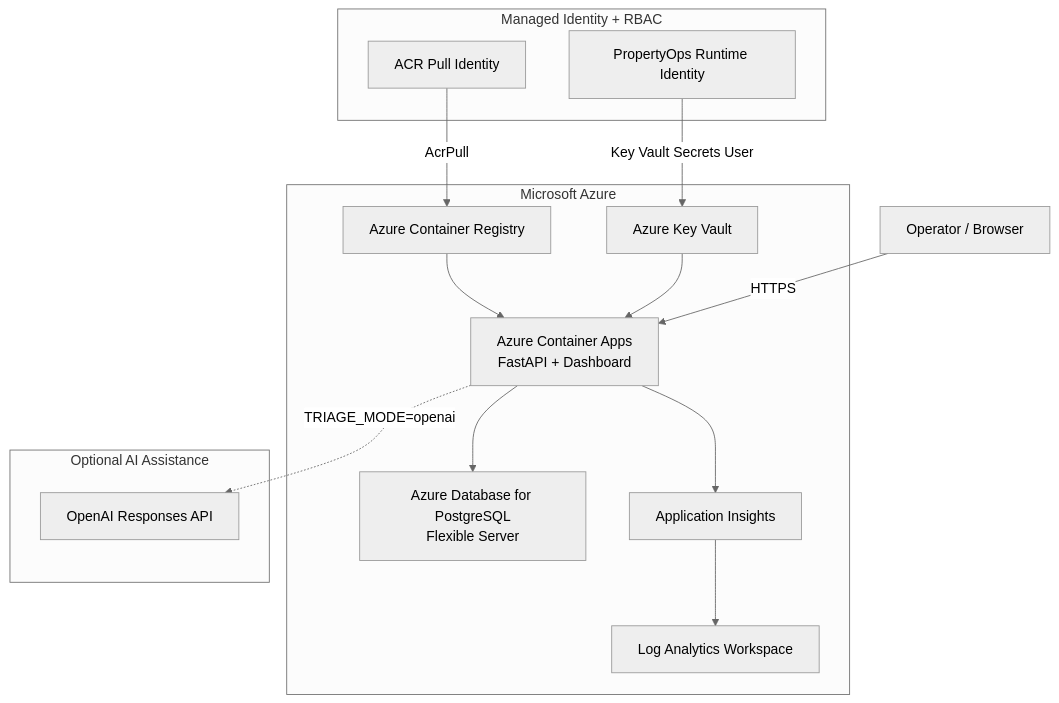
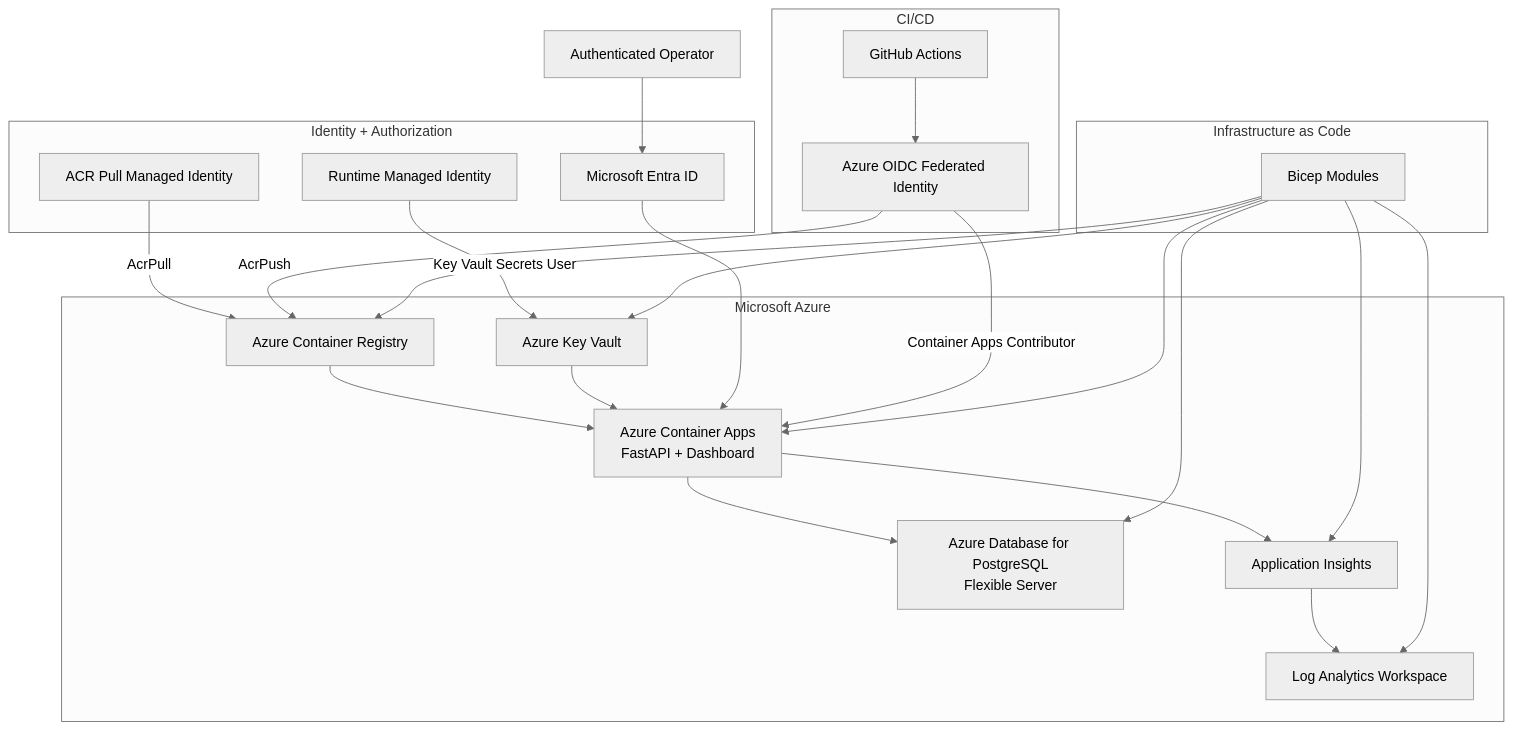
The diagram in README.md (AZ1600/AI-property-operations), drawn with Mermaid (neutral theme) before and after one commit. The commit also changed other lines of this file, not shown here.

````diff
--- a/README.md
+++ b/README.md
@@ -85,35 +107,51 @@
 ```mermaid
 flowchart TB
-    USER["Operator / Browser"]
+    USER["Authenticated Operator"]
 
     subgraph Azure["Microsoft Azure"]
         ACA["Azure Container Apps<br/>FastAPI + Dashboard"]
         ACR["Azure Container Registry"]
         PG["Azure Database for PostgreSQL<br/>Flexible Server"]
         KV["Azure Key Vault"]
-        APPINSIGHTS["Application Insights"]
+        AI["Application Insights"]
         LAW["Log Analytics Workspace"]
 
         ACR --> ACA
         ACA --> PG
-        ACA --> APPINSIGHTS
-        APPINSIGHTS --> LAW
         KV --> ACA
+        ACA --> AI
+        AI --> LAW
     end
 
-    subgraph Identity["Managed Identity + RBAC"]
-        ACRID["ACR Pull Identity"]
-        RUNTIMEID["PropertyOps Runtime Identity"]
+    subgraph Identity["Identity + Authorization"]
+        ENTRA["Microsoft Entra ID"]
+        RUNTIME["Runtime Managed Identity"]
+        ACRID["ACR Pull Managed Identity"]
     end
 
-    USER -->|HTTPS| ACA
+    USER --> ENTRA
+    ENTRA --> ACA
 
-    ACRID -->|AcrPull| ACR
-    RUNTIMEID -->|Key Vault Secrets User| KV
+    ACRID -->|"AcrPull"| ACR
+    RUNTIME -->|"Key Vault Secrets User"| KV
 
-    subgraph OptionalAI["Optional AI Assistance"]
-        OPENAI["OpenAI Responses API"]
+    subgraph Delivery["CI/CD"]
+        GH["GitHub Actions"]
+        OIDC["Azure OIDC Federated Identity"]
     end
 
-    ACA -. "TRIAGE_MODE=openai" .-> OPENAI
+    GH --> OIDC
+    OIDC -->|"AcrPush"| ACR
+    OIDC -->|"Container Apps Contributor"| ACA
+
+    subgraph IaC["Infrastructure as Code"]
+        BICEP["Bicep Modules"]
+    end
+
+    BICEP --> ACR
+    BICEP --> KV
+    BICEP --> PG
+    BICEP --> ACA
+    BICEP --> AI
+    BICEP --> LAW
 ```
````
